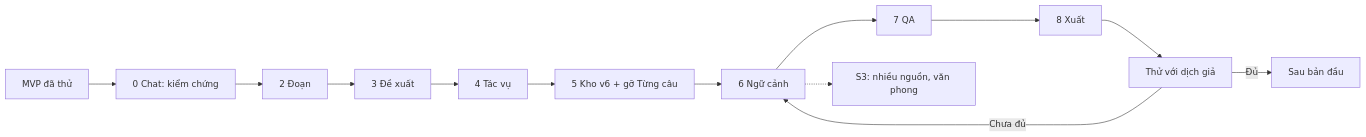
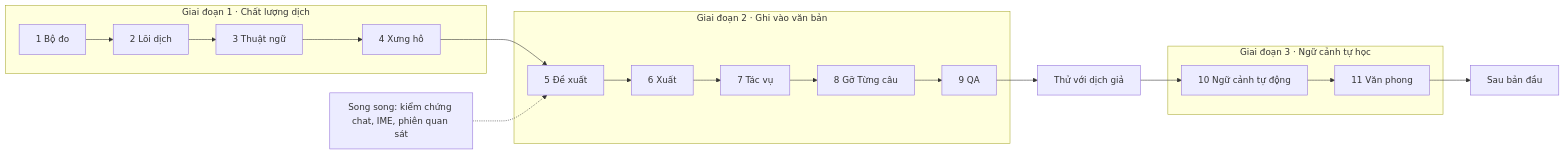
One commit to minh1904/app-novel changed the diagram in docs/handbook/delivery/roadmap.md. Above: the diagram before and after it, drawn with Mermaid. The commit also changed other lines of this file and 10 other files, not shown here.

First line of the commit message:
docs: put translation quality before the proposal flow in the roadmap

````diff
--- a/docs/handbook/delivery/roadmap.md
+++ b/docs/handbook/delivery/roadmap.md
@@ -28,15 +56,17 @@
 ```mermaid
 flowchart LR
-    A[MVP đã thử] --> B[0 Chat: kiểm chứng]
-    B --> C[2 Đoạn]
-    C --> D[3 Đề xuất]
-    D --> E[4 Tác vụ]
-    E --> F[5 Kho v6 + gỡ Từng câu]
-    F --> G[6 Ngữ cảnh]
-    G --> H[7 QA]
-    H --> I[8 Xuất]
-    I --> J[Thử với dịch giả]
-    J -->|Chưa đủ| G
-    J -->|Đủ| K[Sau bản đầu]
-    G -.-> L[S3: nhiều nguồn, văn phong]
+    subgraph G1[Giai đoạn 1 · Chất lượng dịch]
+        M1[1 Bộ đo] --> M2[2 Lõi dịch] --> M3[3 Thuật ngữ] --> M4[4 Xưng hô]
+    end
+    subgraph G2[Giai đoạn 2 · Ghi vào văn bản]
+        M5[5 Đề xuất] --> M6[6 Xuất] --> M7[7 Tác vụ] --> M8[8 Gỡ Từng câu] --> M9[9 QA]
+    end
+    subgraph G3[Giai đoạn 3 · Ngữ cảnh tự học]
+        M10[10 Ngữ cảnh tự động] --> M11[11 Văn phong]
+    end
+    M4 --> M5
+    M9 --> T[Thử với dịch giả]
+    T --> M10
+    M11 --> S[Sau bản đầu]
+    P[Song song: kiểm chứng chat, IME, phiên quan sát] -.-> M5
 ```
````
